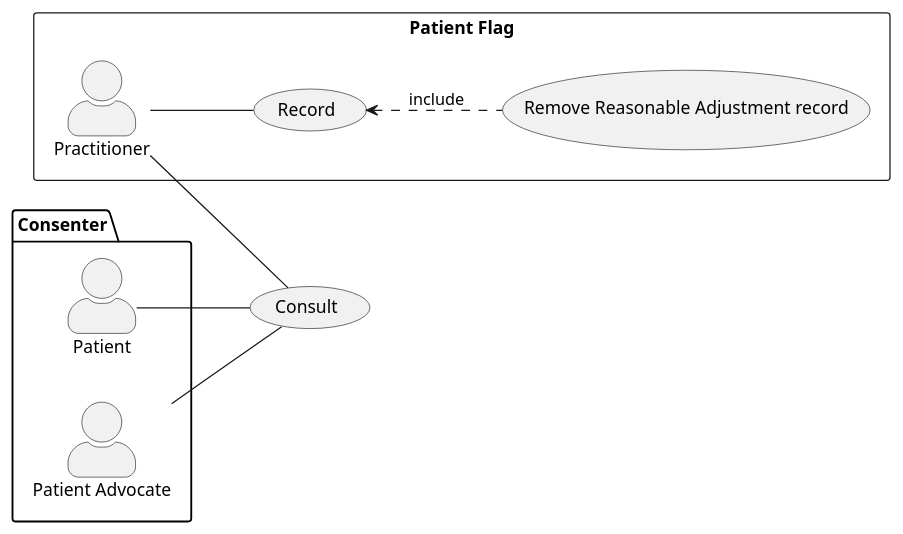
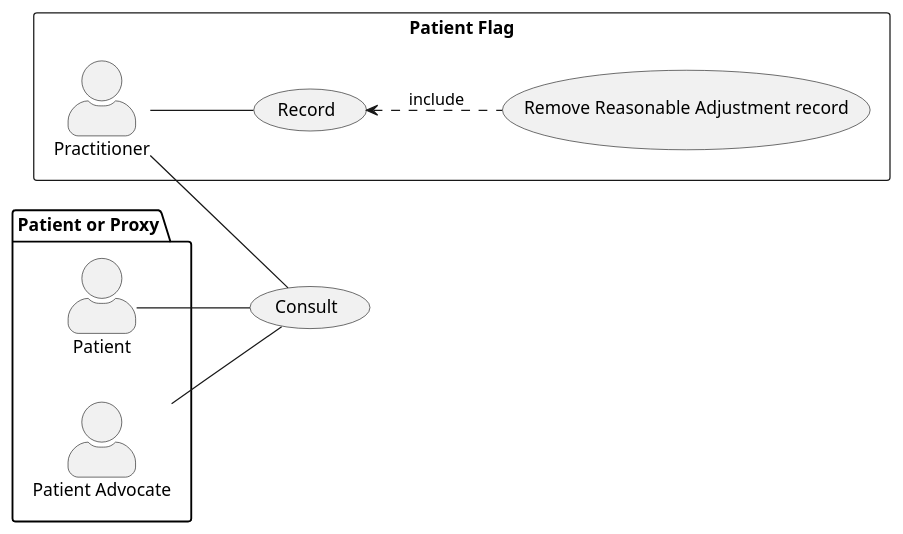
One commit to NHSDigital/ra-sandbox changed the diagram in input/images-source/remove-ra-record-usecase.plantuml. Above: the diagram before and after it, drawn with PlantUML. The commit also changed 14 other files, not shown here.

```diff
--- a/input/images-source/remove-ra-record-usecase.plantuml
+++ b/input/images-source/remove-ra-record-usecase.plantuml
@@ -1,26 +1,26 @@
 @startuml
 
 skinparam actorStyle awesome
 left to right direction
 
 rectangle "Patient Flag"{
 actor Practitioner as pra
 usecase "Record" as record
 usecase "Remove Reasonable Adjustment record" as add
 }
 
 
-package Consenter {
+package "Patient or Proxy" {
   actor Patient as pat
   actor "Patient Advocate" as pad
 }
 
 usecase "Consult" as consult
 
 pat -- consult
 pra -- consult
 pad -- consult
 pra -- record
 record <.. add : include
 
 @enduml
```
